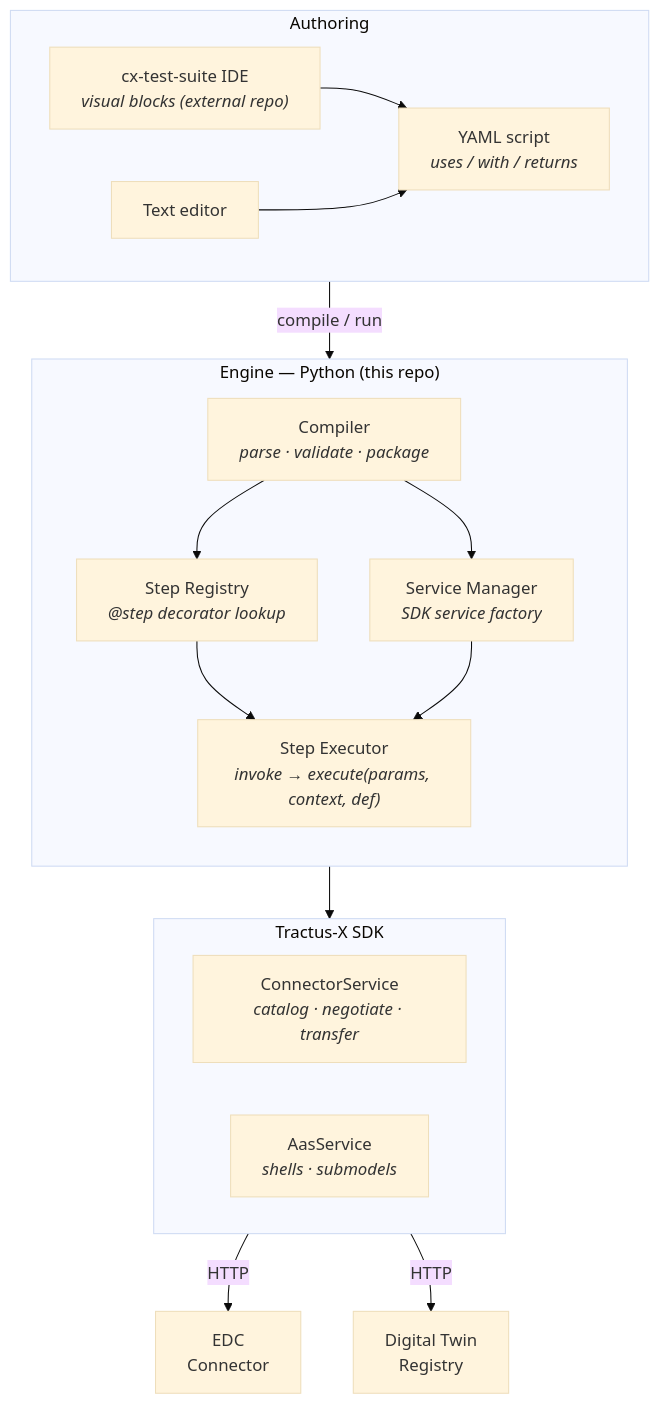
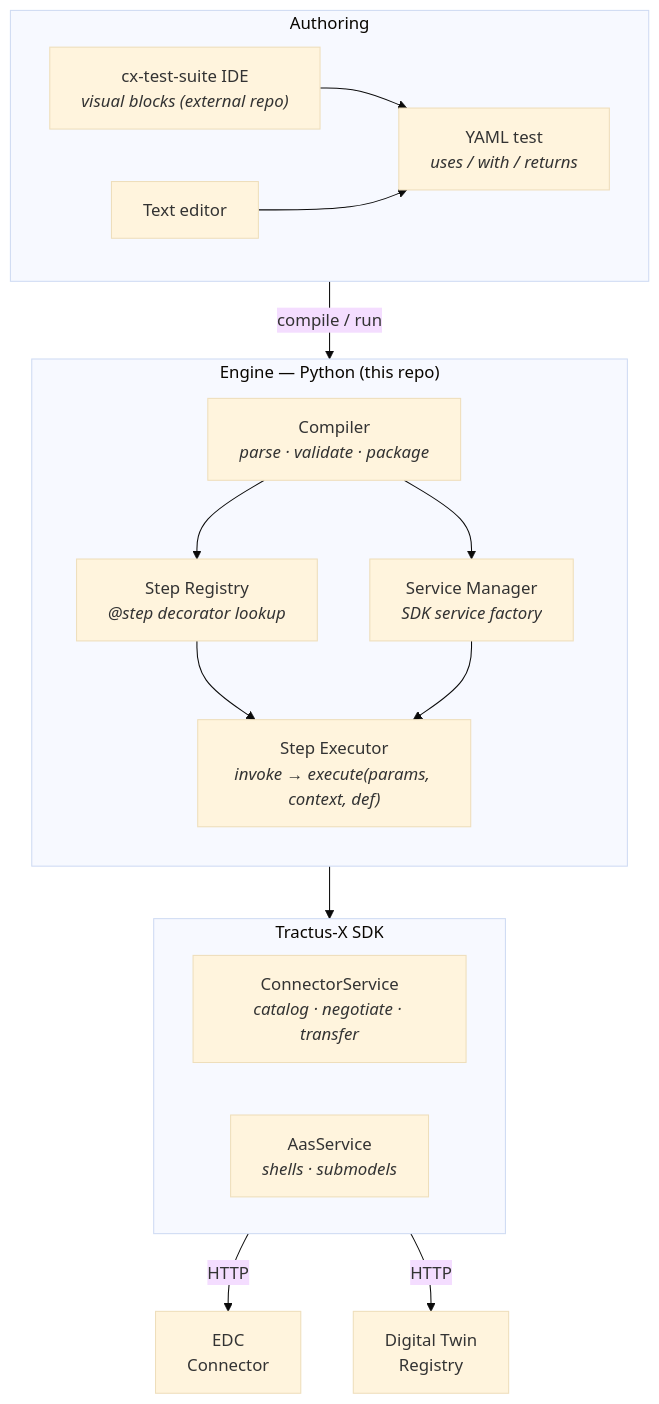
Before and after one commit to eclipse-tractusx/tractusx-testlab: the fifth of 5 diagrams in docs/developer/block-lifecycle.md, drawn with Mermaid (base theme). The commit also changed other lines of this file and 267 other files, not shown here.

````diff
--- a/docs/developer/block-lifecycle.md
+++ b/docs/developer/block-lifecycle.md
@@ -512,29 +512,29 @@
 ```mermaid
 flowchart TD
     subgraph AUTH["Authoring"]
         direction LR
-        IDE["cx-test-suite IDE<br/><i>visual blocks (external repo)</i>"] --> YAML["YAML script<br/><i>uses / with / returns</i>"]
+        IDE["cx-test-suite IDE<br/><i>visual blocks (external repo)</i>"] --> YAML["YAML test<br/><i>uses / with / returns</i>"]
         ED["Text editor"] --> YAML
     end
 
     YAML -->|"compile / run"| COMP
 
     subgraph RT["Engine — Python (this repo)"]
         direction TB
         COMP["Compiler<br/><i>parse · validate · package</i>"] --> REG["Step Registry<br/><i>@step decorator lookup</i>"]
         COMP --> SM["Service Manager<br/><i>SDK service factory</i>"]
         REG --> EXEC["Step Executor<br/><i>invoke → execute(params, context, def)</i>"]
         SM --> EXEC
     end
 
     EXEC --> SDK
 
     subgraph SDK["Tractus-X SDK"]
         direction LR
         CSVC["ConnectorService<br/><i>catalog · negotiate · transfer</i>"]
         ASVC["AasService<br/><i>shells · submodels</i>"]
     end
 
     CSVC -->|"HTTP"| EDC["EDC<br/>Connector"]
     ASVC -->|"HTTP"| DTR["Digital Twin<br/>Registry"]
 ```
````
